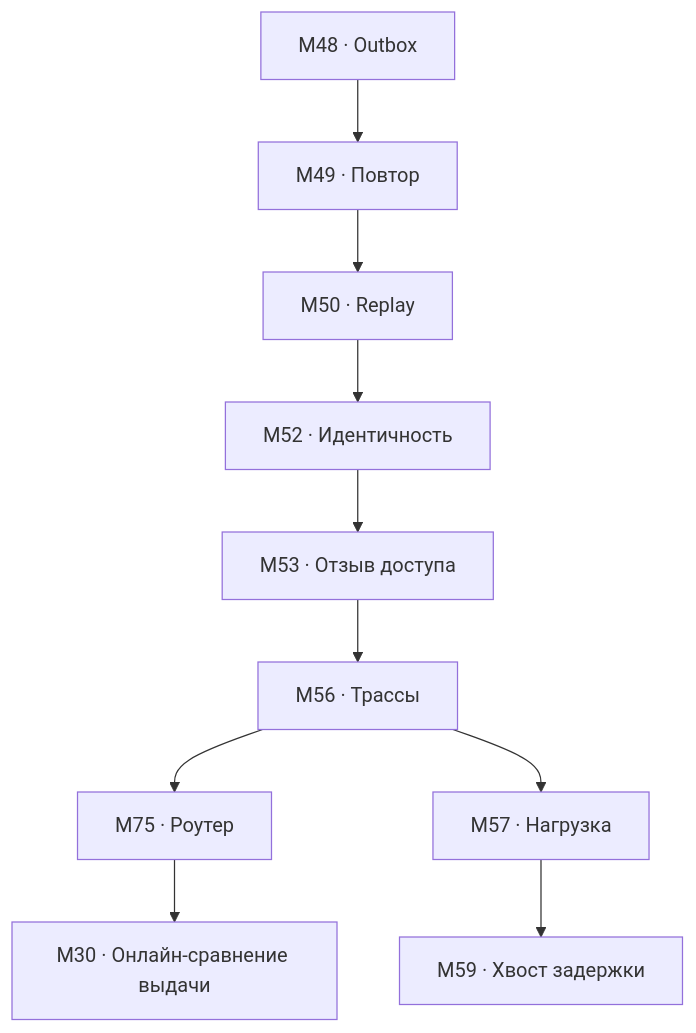
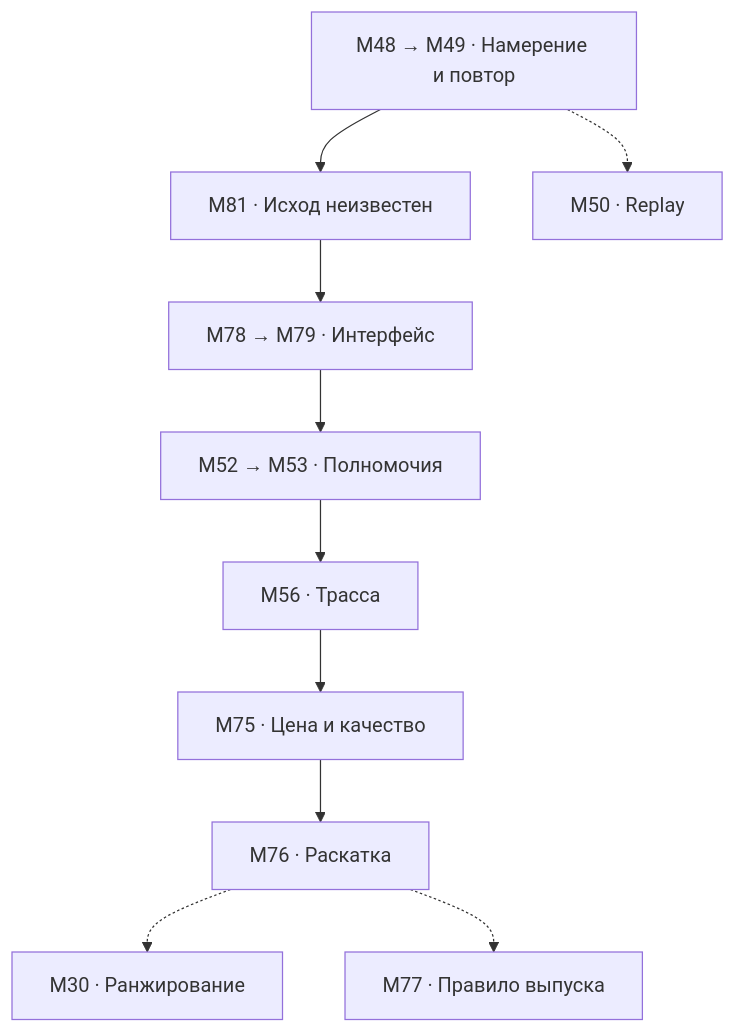
Before and after one commit to 620474/applied-ai-reading: the diagram in production.md, drawn with Mermaid. The commit also changed other lines of this file and 6 other files, not shown here.

````diff
--- a/production.md
+++ b/production.md
@@ -5,11 +5,9 @@
 ```mermaid
 flowchart TD
-A["M48 · Outbox"] --> B["M49 · Повтор"]
-B --> C["M50 · Replay"]
-C --> D["M52 · Идентичность"]
-D --> E["M53 · Отзыв доступа"]
-E --> F["M56 · Трассы"]
-F --> R["M75 · Роутер"] --> I["M30 · Онлайн-сравнение выдачи"]
-F --> G["M57 · Нагрузка"]
-G --> H["M59 · Хвост задержки"]
+A["M48 → M49 · Намерение и повтор"] --> B["M81 · Исход неизвестен"] --> C["M78 → M79 · Интерфейс"]
+A -.-> X["M50 · Replay"]
+C --> D["M52 → M53 · Полномочия"] --> E["M56 · Трасса"]
+E --> F["M75 · Цена и качество"] --> G["M76 · Раскатка"]
+G -.-> H["M30 · Ранжирование"]
+G -.-> I["M77 · Правило выпуска"]
 ```
````
